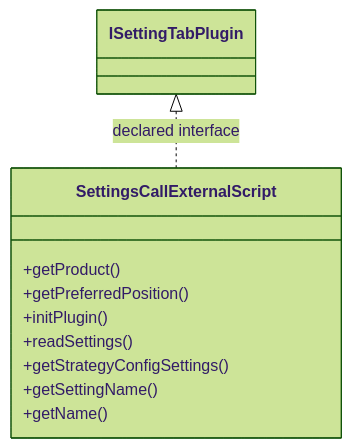
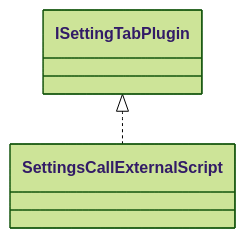
One commit to haruperi/HaruQuantAI changed the diagram in docs/sqx/Shared/SettingsCallExternalScript.md. Above: the diagram before and after it, drawn with Mermaid (forest theme). The commit also changed other lines of this file and 1688 other files, not shown here.

````diff
--- a/docs/sqx/Shared/SettingsCallExternalScript.md
+++ b/docs/sqx/Shared/SettingsCallExternalScript.md
@@ -30,14 +26,6 @@
 ```mermaid
 classDiagram
-    class C39ac4a4813ea["SettingsCallExternalScript"] {
-        +getProduct()
-        +getPreferredPosition()
-        +initPlugin()
-        +readSettings()
-        +getStrategyConfigSettings()
-        +getSettingName()
-        +getName()
-    }
-    class C27734eb41505["ISettingTabPlugin"]
-    C27734eb41505 <|.. C39ac4a4813ea : declared interface
+    class C0["SettingsCallExternalScript"]
+    class E0["ISettingTabPlugin"]
+    E0 <|.. C0
 ```
````
